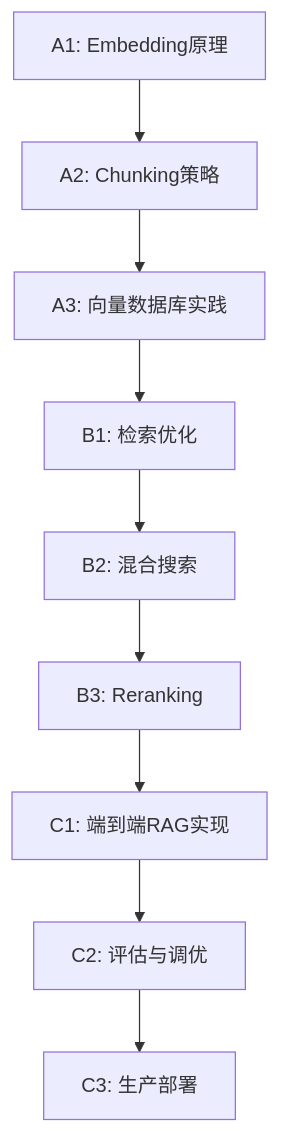
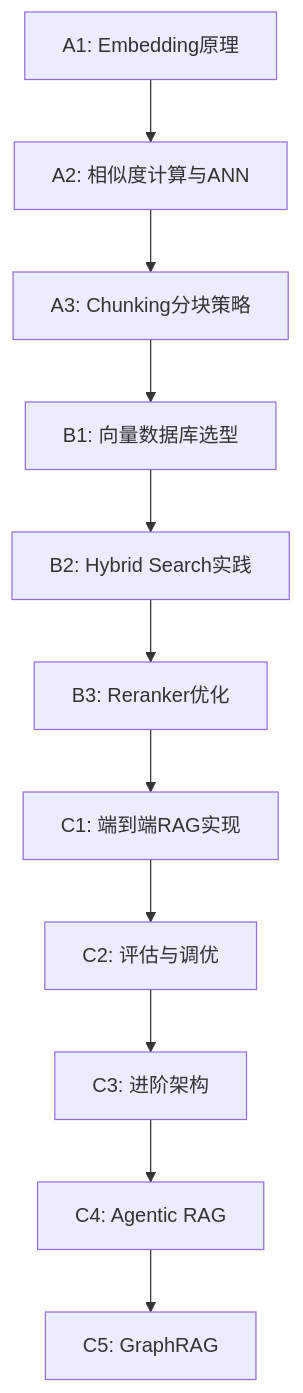
The second of 2 diagrams in WorkflowLearn/项目/RAG_Vector_DB/初始文档.md (MochenRay/VibeDoing), drawn with Mermaid before and after one commit. The commit also changed other lines of this file and 22 other files, not shown here.

````diff
--- a/WorkflowLearn/项目/RAG_Vector_DB/初始文档.md
+++ b/WorkflowLearn/项目/RAG_Vector_DB/初始文档.md
@@ -213,11 +361,13 @@
 ```mermaid
 flowchart TD
-    A[A1: Embedding原理] --> B[A2: Chunking策略]
-    B --> C[A3: 向量数据库实践]
-    C --> D[B1: 检索优化]
-    D --> E[B2: 混合搜索]
-    E --> F[B3: Reranking]
+    A[A1: Embedding原理] --> B[A2: 相似度计算与ANN]
+    B --> C[A3: Chunking分块策略]
+    C --> D[B1: 向量数据库选型]
+    D --> E[B2: Hybrid Search实践]
+    E --> F[B3: Reranker优化]
     F --> G[C1: 端到端RAG实现]
     G --> H[C2: 评估与调优]
-    H --> I[C3: 生产部署]
+    H --> I[C3: 进阶架构]
+    I --> J[C4: Agentic RAG]
+    J --> K[C5: GraphRAG]
 ```
````
